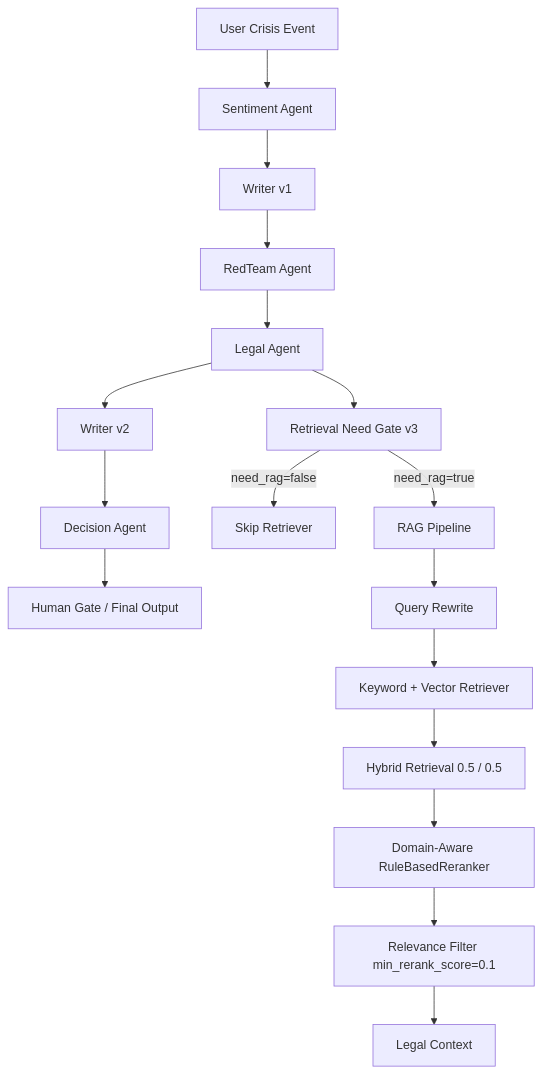
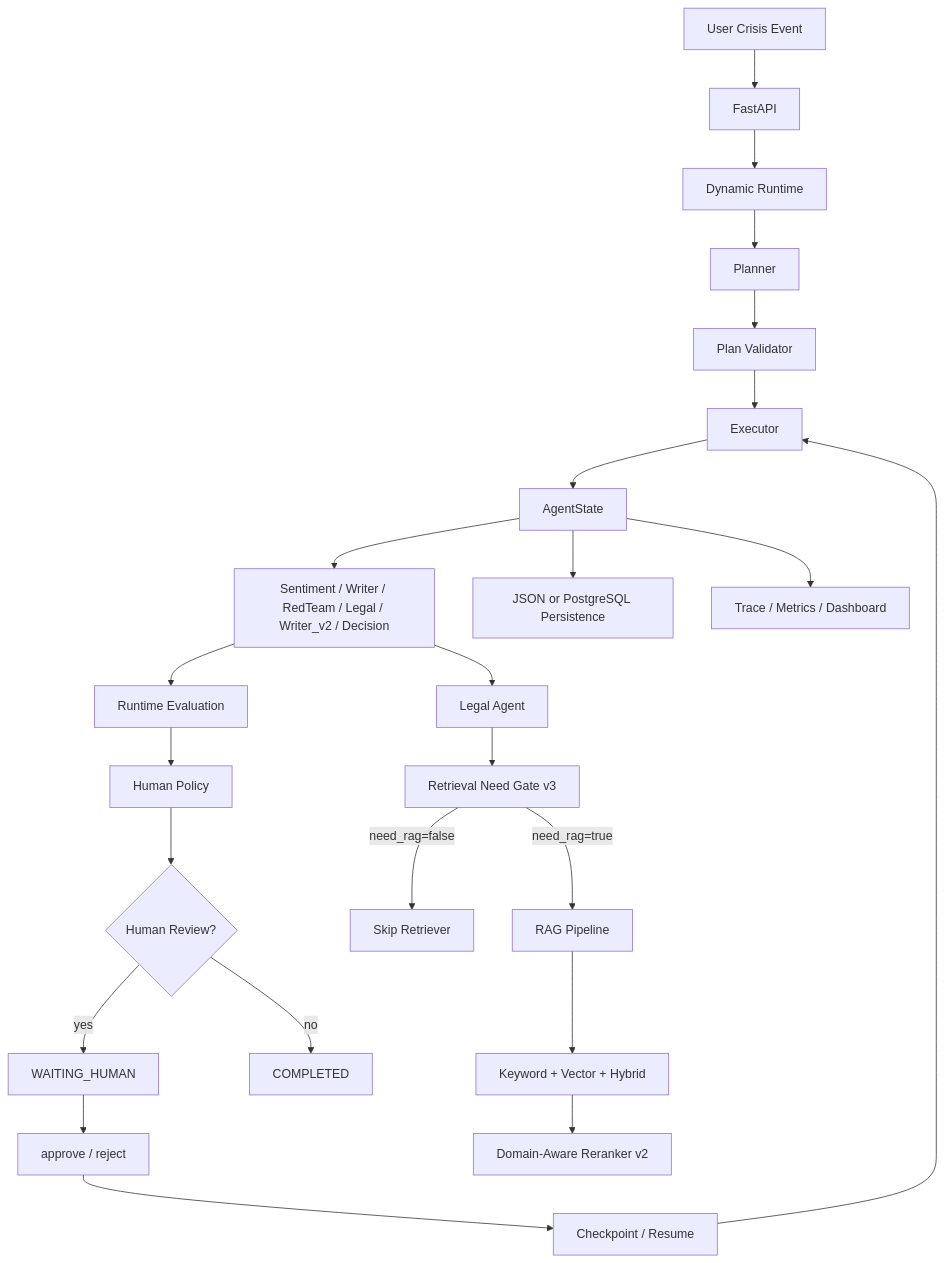
The diagram in README.md (Zzzzzzzuj/CrisisAgent), drawn with Mermaid before and after one commit. The commit also changed other lines of this file and 4 other files, not shown here.

Commit message:
文档：完善 CrisisAgent v3.0 项目包装材料

````diff
--- a/README.md
+++ b/README.md
@@ -35,20 +33,27 @@
 ```mermaid
 flowchart TD
-    A["User Crisis Event"] --> B["Sentiment Agent"]
-    B --> C["Writer v1"]
-    C --> D["RedTeam Agent"]
-    D --> E["Legal Agent"]
-    E --> F["Writer v2"]
-    F --> G["Decision Agent"]
-    G --> H["Human Gate / Final Output"]
+    A["User Crisis Event"] --> B["FastAPI"]
+    B --> C["Dynamic Runtime"]
+    C --> D["Planner"]
+    D --> E["Plan Validator"]
+    E --> F["Executor"]
+    F --> G["AgentState"]
+    G --> H["Sentiment / Writer / RedTeam / Legal / Writer_v2 / Decision"]
+    H --> I["Runtime Evaluation"]
+    I --> J["Human Policy"]
+    J --> K{"Human Review?"}
+    K -->|yes| L["WAITING_HUMAN"]
+    K -->|no| M["COMPLETED"]
+    L --> N["approve / reject"]
+    N --> O["Checkpoint / Resume"]
+    O --> F
+    G --> P["JSON or PostgreSQL Persistence"]
+    G --> Q["Trace / Metrics / Dashboard"]
 
-    E --> E1["Retrieval Need Gate v3"]
-    E1 -->|need_rag=false| E2["Skip Retriever"]
-    E1 -->|need_rag=true| E3["RAG Pipeline"]
-    E3 --> E4["Query Rewrite"]
-    E4 --> E5["Keyword + Vector Retriever"]
-    E5 --> E6["Hybrid Retrieval 0.5 / 0.5"]
-    E6 --> E7["Domain-Aware RuleBasedReranker"]
-    E7 --> E8["Relevance Filter min_rerank_score=0.1"]
-    E8 --> E9["Legal Context"]
+    H --> R["Legal Agent"]
+    R --> S["Retrieval Need Gate v3"]
+    S -->|need_rag=false| T["Skip Retriever"]
+    S -->|need_rag=true| U["RAG Pipeline"]
+    U --> V["Keyword + Vector + Hybrid"]
+    V --> W["Domain-Aware Reranker v2"]
 ```
````
